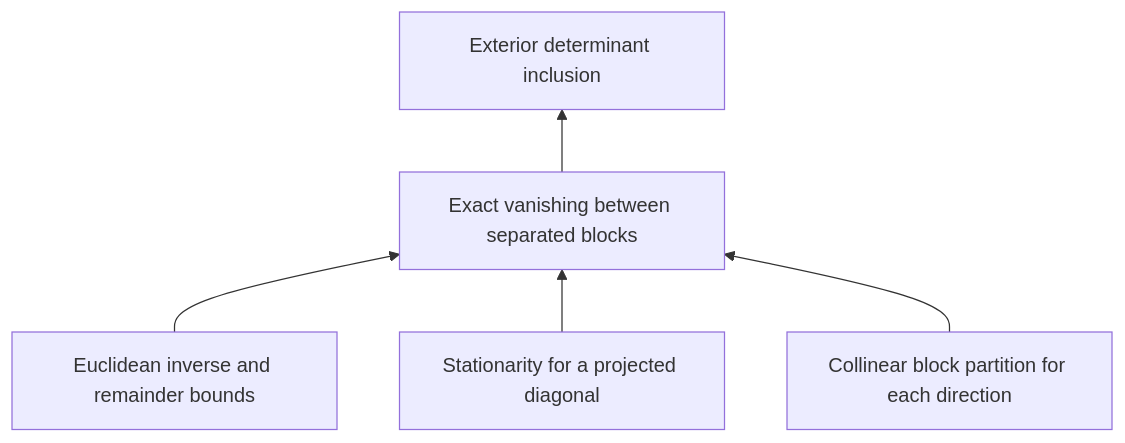
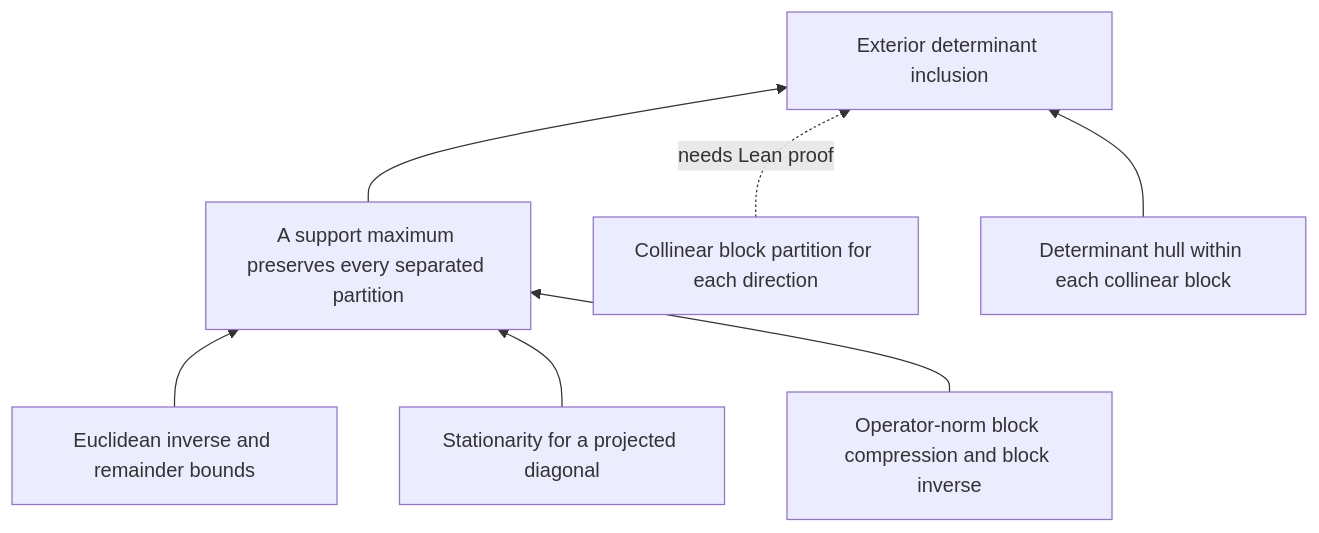
One commit to ascendnoosphere/MOC changed the second of 2 diagrams in Docs/Proofs/free-eigenvalue-exterior-map.md. Above: the diagram before and after it, drawn with Mermaid. The commit also changed other lines of this file and 1 other file, not shown here.

Commit message:
Prove exterior support block preservation

```diff
--- a/Docs/Proofs/free-eigenvalue-exterior-map.md
+++ b/Docs/Proofs/free-eigenvalue-exterior-map.md
@@ -56,12 +56,16 @@
 ~~~mermaid
 flowchart BT
     R["Euclidean inverse and remainder bounds"]
     C["Stationarity for a projected diagonal"]
-    B["Exact vanishing between separated blocks"]
+    K["Operator-norm block compression and block inverse"]
+    B["A support maximum preserves every separated partition"]
     G["Collinear block partition for each direction"]
+    H["Determinant hull within each collinear block"]
     P["Exterior determinant inclusion"]
     R --> B
     C --> B
-    G --> B
+    K --> B
     B --> P
+    G -.->|needs Lean proof| P
+    H --> P
 ~~~
```
